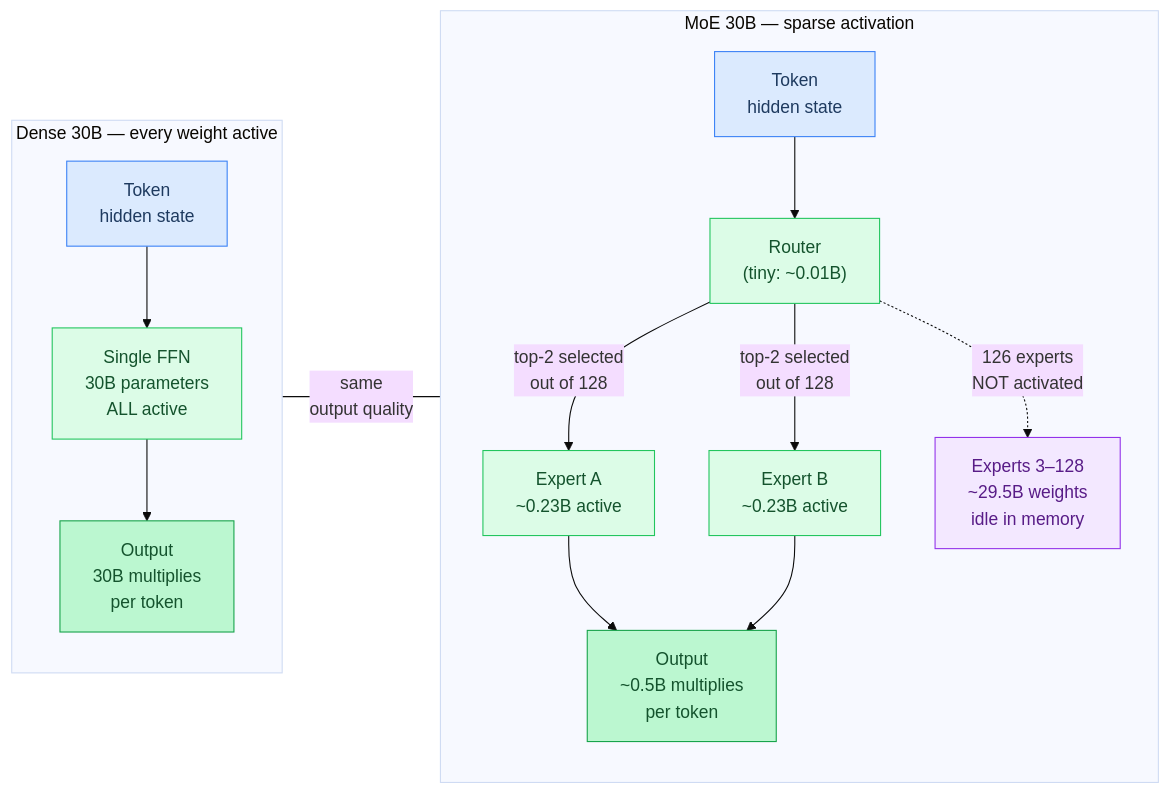
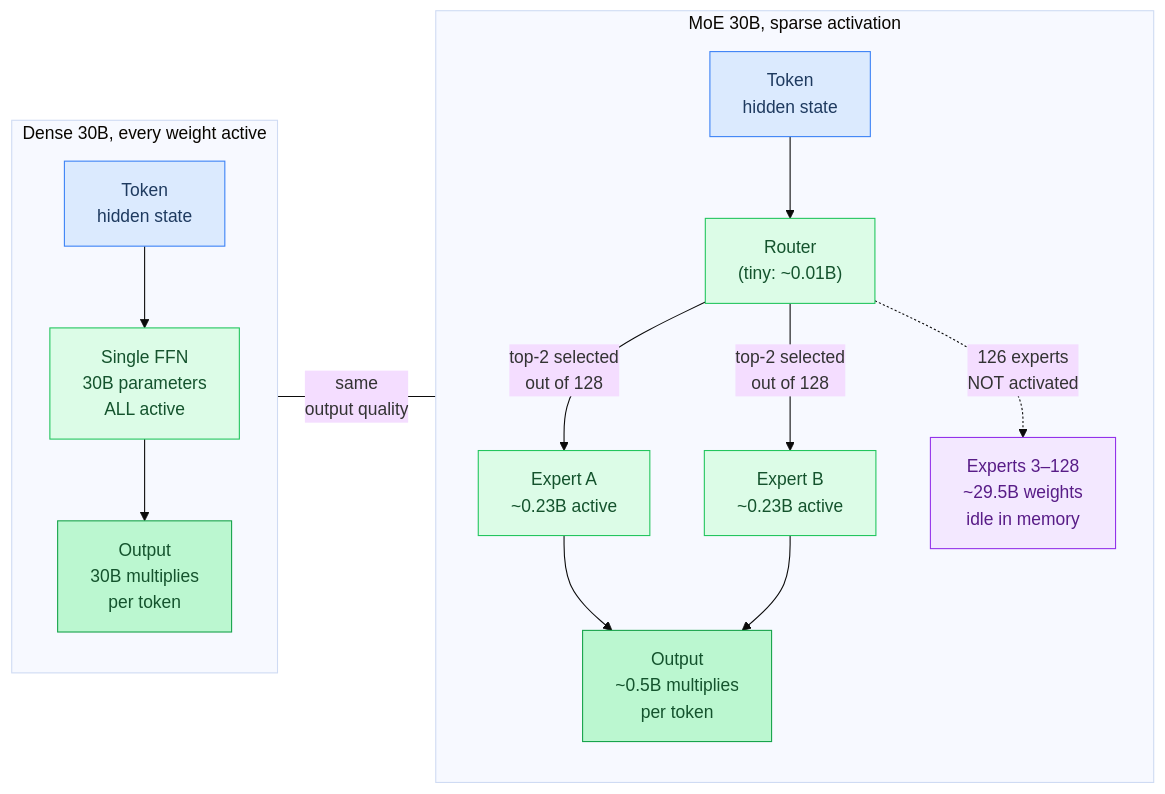
Before and after one commit to maci0/agave: the fourth of 6 diagrams in docs/tutorial/03-feed-forward-networks.md, drawn with Mermaid (base theme). The commit also changed other lines of this file and 196 other files, not shown here.

````diff
--- a/docs/tutorial/03-feed-forward-networks.md
+++ b/docs/tutorial/03-feed-forward-networks.md
@@ -200,36 +200,36 @@
 ```mermaid
 flowchart LR
     classDef setup     fill:#dbeafe,stroke:#3b82f6,color:#1e3a5f
     classDef sync      fill:#dcfce7,stroke:#22c55e,color:#14532d
     classDef migration fill:#fef9c3,stroke:#eab308,color:#713f12
     classDef success   fill:#bbf7d0,stroke:#16a34a,color:#14532d
     classDef danger    fill:#fee2e2,stroke:#ef4444,color:#7f1d1d
     classDef optional  fill:#f3e8ff,stroke:#9333ea,color:#581c87
 
-    subgraph Dense["Dense 30B — every weight active"]
+    subgraph Dense["Dense 30B, every weight active"]
         D_in["Token\nhidden state"]:::setup
         D_FFN["Single FFN\n30B parameters\nALL active"]:::sync
         D_out["Output\n30B multiplies\nper token"]:::success
 
         D_in --> D_FFN
         D_FFN --> D_out
     end
 
-    subgraph MoE["MoE 30B — sparse activation"]
+    subgraph MoE["MoE 30B, sparse activation"]
         M_in["Token\nhidden state"]:::setup
         M_Router["Router\n(tiny: ~0.01B)"]:::sync
         M_E1["Expert A\n~0.23B active"]:::sync
         M_E2["Expert B\n~0.23B active"]:::sync
         M_Idle["Experts 3–128\n~29.5B weights\nidle in memory"]:::optional
         M_out["Output\n~0.5B multiplies\nper token"]:::success
 
         M_in --> M_Router
         M_Router -->|"top-2 selected\nout of 128"| M_E1
         M_Router -->|"top-2 selected\nout of 128"| M_E2
         M_Router -.->|"126 experts\nNOT activated"| M_Idle
         M_E1 --> M_out
         M_E2 --> M_out
     end
 
     Dense ---|"same\noutput quality"| MoE
 ```
````
